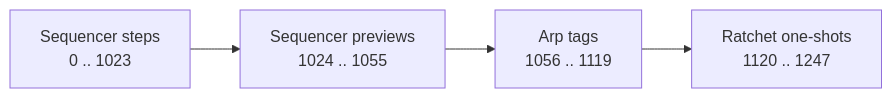
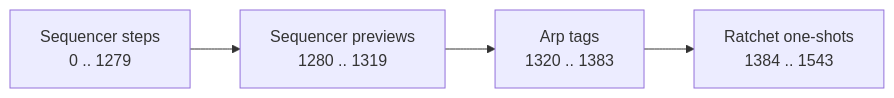
One commit to rt-rtos/S3-Amysynth changed the third of 3 diagrams in components/synth_core/ARP-ARCHITECTURE.md. Above: the diagram before and after it, drawn with Mermaid. The commit also changed other lines of this file and 30 other files, not shown here.

First line of the commit message:
Sequencer: layers with a fifth row

````diff
--- a/components/synth_core/ARP-ARCHITECTURE.md
+++ b/components/synth_core/ARP-ARCHITECTURE.md
@@ -177,4 +177,4 @@
 ```mermaid
 flowchart LR
-    A["Sequencer steps\n0 .. 1023"] --> B["Sequencer previews\n1024 .. 1055"] --> C["Arp tags\n1056 .. 1119"] --> D["Ratchet one-shots\n1120 .. 1247"]
+    A["Sequencer steps\n0 .. 1279"] --> B["Sequencer previews\n1280 .. 1319"] --> C["Arp tags\n1320 .. 1383"] --> D["Ratchet one-shots\n1384 .. 1543"]
 ```
````
